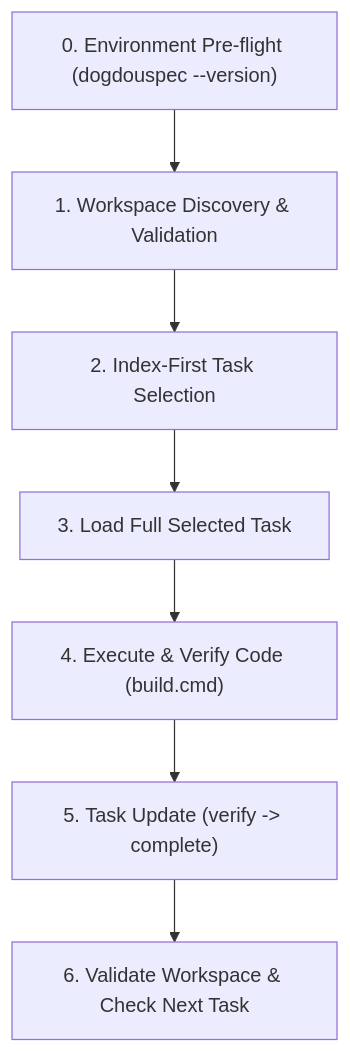
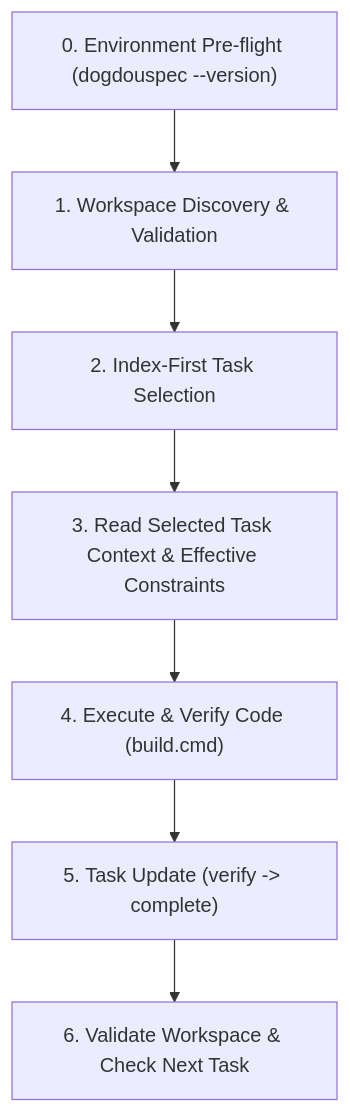
One commit to XueYeHuLabs/dogdouspec changed the diagram in .agents/skills/dogdouspec/SKILL.md. Above: the diagram before and after it, drawn with Mermaid. The commit also changed other lines of this file and 24 other files, not shown here.

First line of the commit message:
Add iteration constraints and require effective task context

````diff
--- a/.agents/skills/dogdouspec/SKILL.md
+++ b/.agents/skills/dogdouspec/SKILL.md
@@ -101,9 +102,9 @@
 ```mermaid
 flowchart TD
     Z["0. Environment Pre-flight (dogdouspec --version)"] --> A["1. Workspace Discovery & Validation"]
     A --> B["2. Index-First Task Selection"]
-    B --> C["3. Load Full Selected Task"]
+    B --> C["3. Read Selected Task Context & Effective Constraints"]
     C --> D["4. Execute & Verify Code (build.cmd)"]
     D --> E["5. Task Update (verify -> complete)"]
     E --> F["6. Validate Workspace & Check Next Task"]
 ```
````
